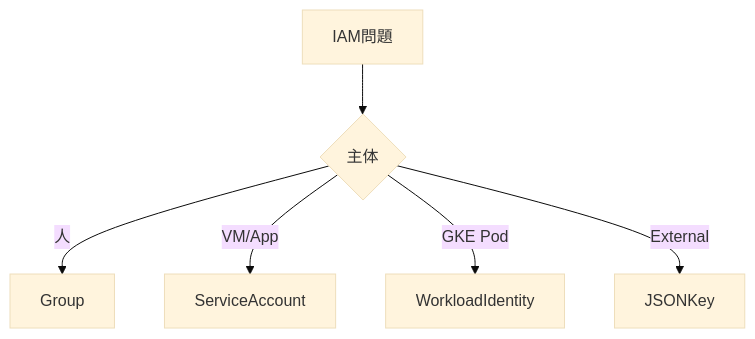
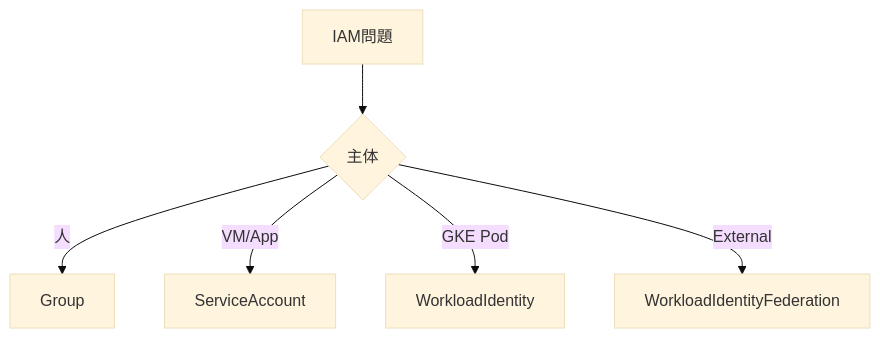
The eighth of 9 diagrams in 06_LAB/01_GCP_ACE_HACK/sessions_ver262/01_iam.md (conti0513/development_public), drawn with Mermaid (base theme) before and after one commit. The commit also changed other lines of this file and 4 other files, not shown here.

````diff
--- a/06_LAB/01_GCP_ACE_HACK/sessions_ver262/01_iam.md
+++ b/06_LAB/01_GCP_ACE_HACK/sessions_ver262/01_iam.md
@@ -448,9 +517,9 @@
 ```mermaid
 flowchart TD
 Q[IAM問題] --> A{主体}
 
 A -->|人| Group
 A -->|VM/App| ServiceAccount
 A -->|GKE Pod| WorkloadIdentity
-A -->|External| JSONKey
+A -->|External| WorkloadIdentityFederation
 ```
````
